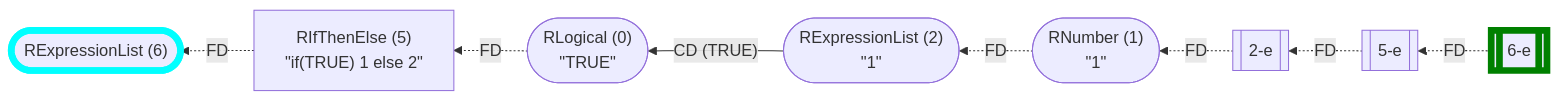
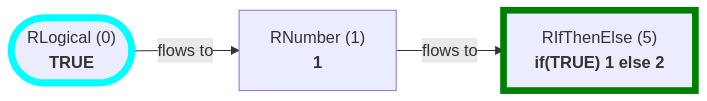
Before and after one commit to flowr-analysis/flowr: the third of 3 diagrams in wiki/[Query] Control-Flow.md, drawn with Mermaid. The commit also changed other lines of this file and 141 other files, not shown here.

````diff
--- a/wiki/[Query] Control-Flow.md
+++ b/wiki/[Query] Control-Flow.md
@@ -1234,23 +556,12 @@
 ```mermaid
-flowchart RL
-    n6(["`RExpressionList (6)`"])
+flowchart LR
+    n0(["`RLogical (0)
+**TRUE**`"])
+    n1["`RNumber (1)
+**1**`"]
     n5["`RIfThenElse (5)
-#34;if(TRUE) 1 else 2#34;`"]
-    n5-e[[5-e]]
-    n0(["`RLogical (0)
-#34;TRUE#34;`"])
-    n2(["`RExpressionList (2)
-#34;1#34;`"])
-    n1(["`RNumber (1)
-#34;1#34;`"])
-    n2-e[[2-e]]
-    n6-e[[6-e]]
-    n5 -.->|"FD"| n6
-    n1 -.->|"FD"| n2
-    n2-e -.->|"FD"| n1
-    n2 -->|"CD (TRUE)"| n0
-    n0 -.->|"FD"| n5
-    n5-e -.->|"FD"| n2-e
-    n6-e -.->|"FD"| n5-e
-    style n6 stroke:cyan,stroke-width:6.5px;    style n6-e stroke:green,stroke-width:6.5px;
+**if(TRUE) 1 else 2**`"]
+    n0 -->|"flows to"| n1
+    n1 -->|"flows to"| n5
+    style n0 stroke:cyan,stroke-width:6.5px;    style n5 stroke:green,stroke-width:6.5px;
 ```
````
